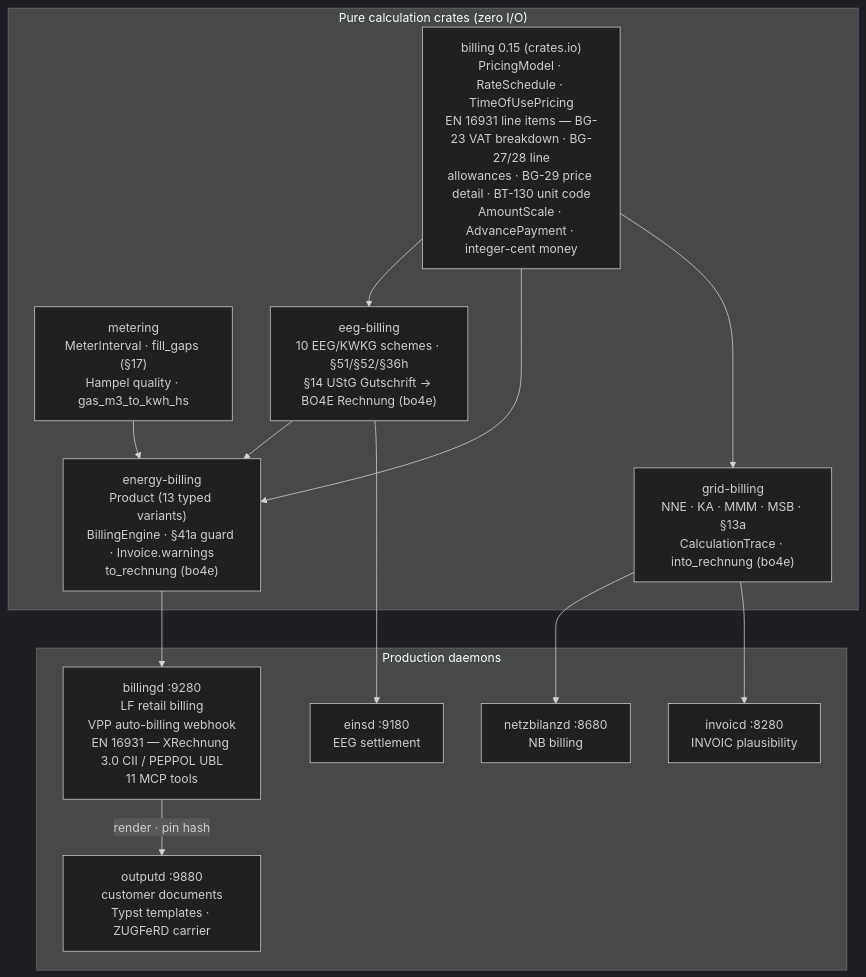
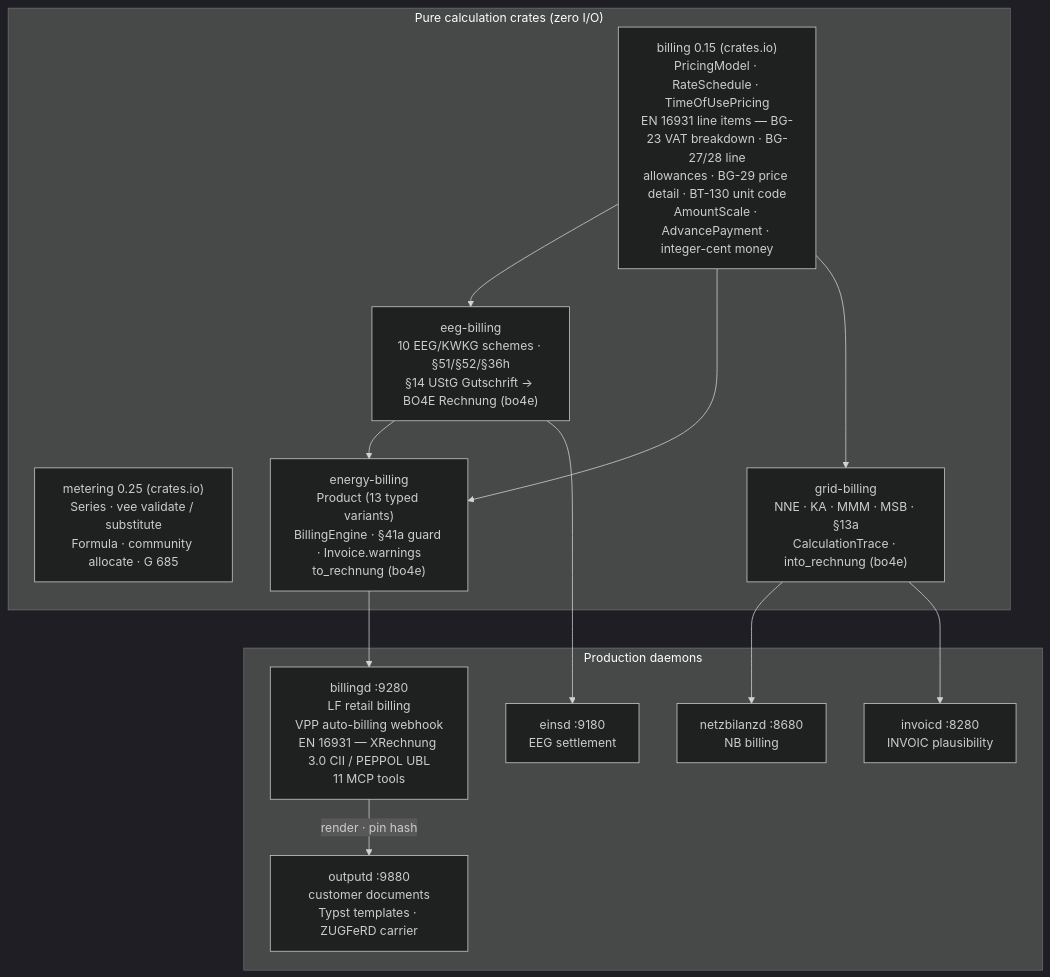
One commit to hupe1980/mako changed the third of 5 diagrams in site/content/docs/architecture/_index.md. Above: the diagram before and after it, drawn with Mermaid (dark theme). The commit also changed other lines of this file and 67 other files, not shown here.

````diff
--- a/site/content/docs/architecture/_index.md
+++ b/site/content/docs/architecture/_index.md
@@ -176,29 +176,28 @@
 ```mermaid
 graph TD
     subgraph pure ["Pure calculation crates (zero I/O)"]
         billing["billing 0.15 (crates.io)<br/>PricingModel · RateSchedule · TimeOfUsePricing<br/>EN 16931 line items — BG-23 VAT breakdown · BG-27/28 line<br/>allowances · BG-29 price detail · BT-130 unit code<br/>AmountScale · AdvancePayment · integer-cent money"]
-        metering["metering<br/>MeterInterval · fill_gaps (§17)<br/>Hampel quality · gas_m3_to_kwh_hs"]
+        metering["metering 0.25 (crates.io)<br/>Series · vee validate / substitute<br/>Formula · community allocate · G 685"]
         eeg["eeg-billing<br/>10 EEG/KWKG schemes · §51/§52/§36h<br/>§14 UStG Gutschrift → BO4E Rechnung (bo4e)"]
         grid["grid-billing<br/>NNE · KA · MMM · MSB · §13a<br/>CalculationTrace · into_rechnung (bo4e)"]
         energy["energy-billing<br/>Product (13 typed variants)<br/>BillingEngine · §41a guard · Invoice.warnings<br/>to_rechnung (bo4e)"]
     end
 
     subgraph daemons ["Production daemons"]
         netzbilanzd["netzbilanzd :8680<br/>NB billing"]
         einsd["einsd :9180<br/>EEG settlement"]
         billingd["billingd :9280<br/>LF retail billing<br/>VPP auto-billing webhook<br/>EN 16931 — XRechnung 3.0 CII / PEPPOL UBL<br/>11 MCP tools"]
         outputd["outputd :9880<br/>customer documents<br/>Typst templates · ZUGFeRD carrier"]
         invoicd["invoicd :8280<br/>INVOIC plausibility"]
     end
 
     billing --> eeg
     billing --> energy
     billing --> grid
-    metering --> energy
     eeg --> energy
     eeg --> einsd
     grid --> netzbilanzd
     grid --> invoicd
     energy --> billingd
     billingd -->|render · pin hash| outputd
 ```
````
